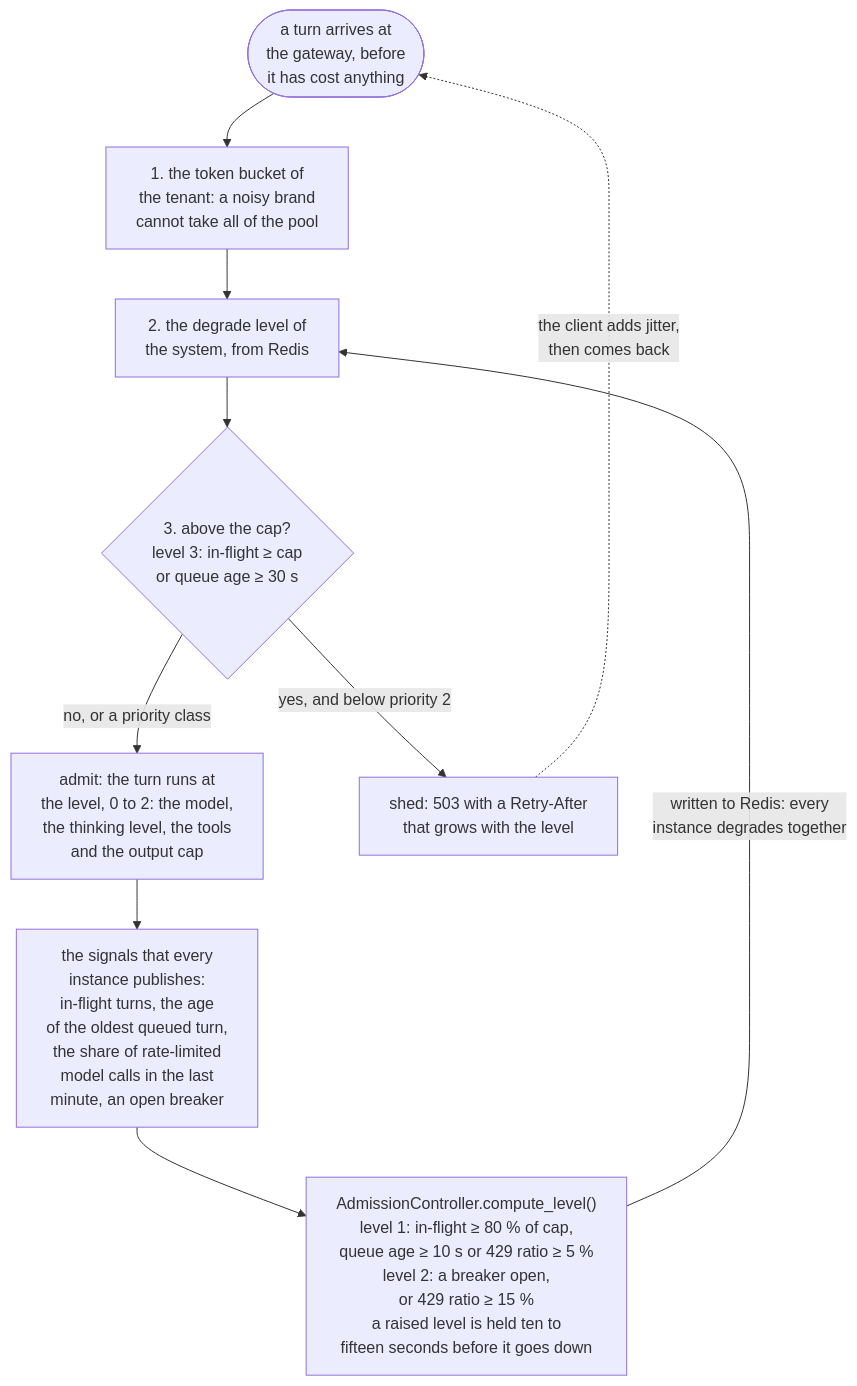
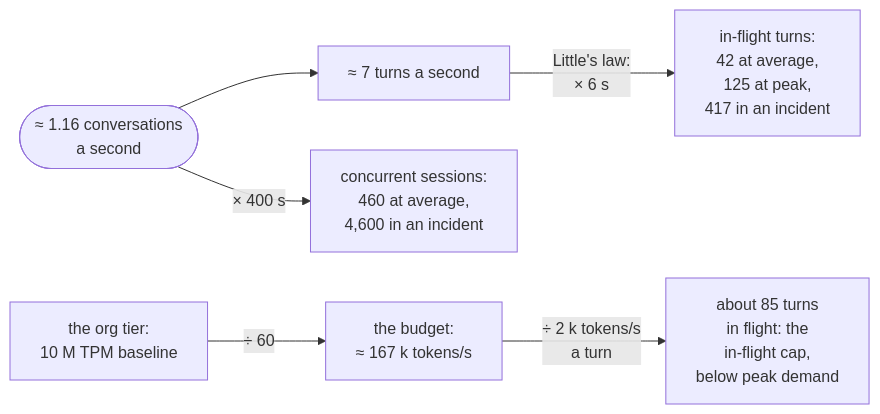
Before and after one commit to aniryou/full-stack-agentic-engineer: the second of 3 diagrams in 06-gateway/scaling-admission-cost/agentic-scaling-lab/docs/01-scaling-primer.md, drawn with Mermaid. The commit also changed other lines of this file and 633 other files, not shown here.

First line of the commit message:
Accessible language and one-screen figures, part 1: every figure fits a screen, the STE second pass over the layers (#53)

````diff
--- a/06-gateway/scaling-admission-cost/agentic-scaling-lab/docs/01-scaling-primer.md
+++ b/06-gateway/scaling-admission-cost/agentic-scaling-lab/docs/01-scaling-primer.md
@@ -421,12 +224,8 @@
 ```mermaid
-flowchart TB
-    T(["a turn arrives at<br/>the gateway, before<br/>it has cost anything"]) --> Q1["1. the token bucket of<br/>the tenant: a noisy brand<br/>cannot take all of the pool"]
-    Q1 --> Q2["2. the degrade level of<br/>the system, from Redis"]
-    Q2 --> Q3{"3. above the cap?<br/>level 3: in-flight ≥ cap<br/>or queue age ≥ 30 s"}
-    Q3 -- "no, or a priority class" --> RUN["admit: the turn runs at<br/>the level, 0 to 2: the model,<br/>the thinking level, the tools<br/>and the output cap"]
-    Q3 -- "yes, and below priority 2" --> SHED["shed: 503 with a Retry-After<br/>that grows with the level"]
-    SHED -. "the client adds jitter,<br/>then comes back" .-> T
-    RUN --> SIG["the signals that every<br/>instance publishes:<br/>in-flight turns, the age<br/>of the oldest queued turn,<br/>the share of rate-limited<br/>model calls in the last<br/>minute, an open breaker"]
-    SIG --> LV["AdmissionController.compute_level()<br/>level 1: in-flight ≥ 80 % of cap,<br/>queue age ≥ 10 s or 429 ratio ≥ 5 %<br/>level 2: a breaker open,<br/>or 429 ratio ≥ 15 %<br/>a raised level is held ten to<br/>fifteen seconds before it goes down"]
-    LV -- "written to Redis: every<br/>instance degrades together" --> Q2
+flowchart LR
+    C(["≈ 1.16 conversations<br/>a second"]) --> T["≈ 7 turns a second"]
+    T -- "Little's law:<br/>× 6 s" --> IF["in-flight turns:<br/>42 at average,<br/>125 at peak,<br/>417 in an incident"]
+    C -- "× 400 s" --> S["concurrent sessions:<br/>460 at average,<br/>4,600 in an incident"]
+    BASE["the org tier:<br/>10 M TPM baseline"] -- "÷ 60" --> B["the budget:<br/>≈ 167 k tokens/s"]
+    B -- "÷ 2 k tokens/s<br/>a turn" --> CAP["about 85 turns<br/>in flight: the<br/>in-flight cap,<br/>below peak demand"]
 ```
````
